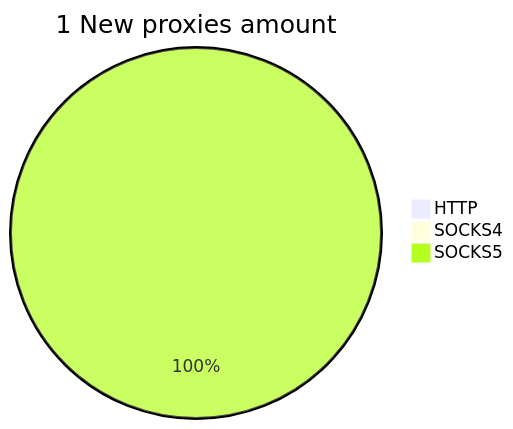
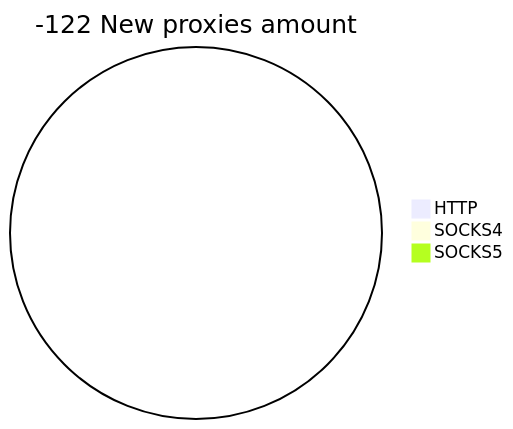
One commit to cutipu/proxylist changed the second of 2 diagrams in README.md. Above: the diagram before and after it, drawn with Mermaid. The commit also changed other lines of this file, not shown here.

````diff
--- a/README.md
+++ b/README.md
@@ -10,6 +10,6 @@
 ```mermaid
-pie title 1 New proxies amount
+pie title -122 New proxies amount
     "HTTP" : 0
     "SOCKS4" : 0
-    "SOCKS5" : 2
+    "SOCKS5" : 0
 ```
````
